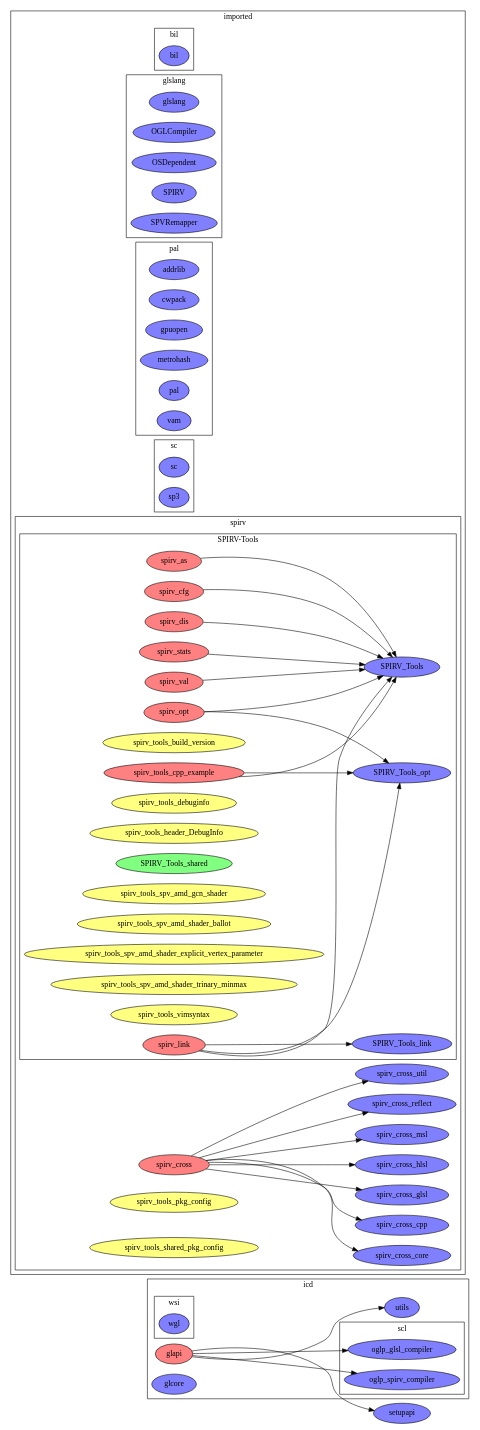
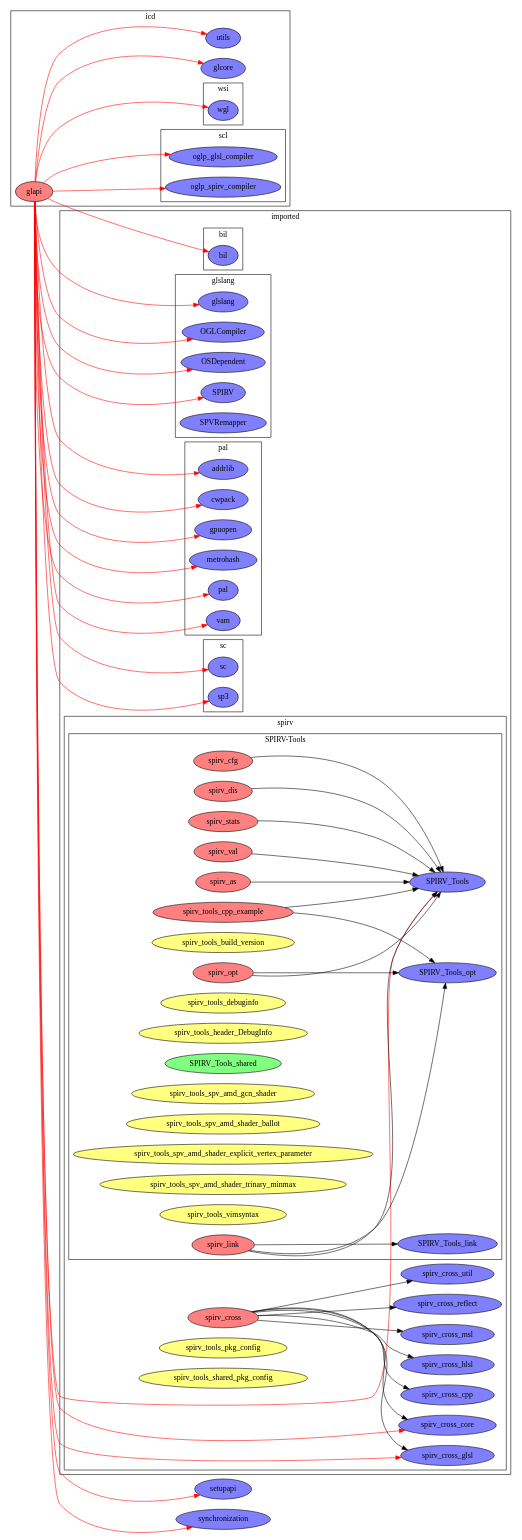
The diagram in oglp/proj_depends.gv (Jason2013/sphinx_study), drawn with Graphviz before and after one commit. The commit also changed 1 other file, not shown here.

```diff
--- a/oglp/proj_depends.gv
+++ b/oglp/proj_depends.gv
@@ -1,134 +1,147 @@
 digraph {
     rankdir="LR";
     node [style="filled",fillcolor="#8080FF"];
     subgraph cluster_icd {
         label="icd";
         subgraph cluster_scl {
             label="scl";
             oglp_glsl_compiler;
             oglp_spirv_compiler;
         }
         subgraph cluster_wsi {
             label="wsi";
             wgl;
         }
         glapi [fillcolor="#FF8080"];
         glcore;
         utils;
     }
     subgraph cluster_imported {
         label="imported";
         subgraph cluster_bil {
             label="bil";
             bil;
         }
         subgraph cluster_glslang {
             label="glslang";
             glslang;
             OGLCompiler;
             OSDependent;
             SPIRV;
             SPVRemapper;
         }
         subgraph cluster_pal {
             label="pal";
             addrlib;
             cwpack;
             gpuopen;
             metrohash;
             pal;
             vam;
         }
         subgraph cluster_sc {
             label="sc";
             sc;
             sp3;
         }
         subgraph cluster_spirv {
             label="spirv";
             subgraph cluster_SPIRV_Tools {
                 label="SPIRV-Tools";
                 node [fillcolor="#FF8080"]; /* Application */
                 spirv_as;
                 spirv_cfg;
                 spirv_dis;
                 spirv_link;
                 spirv_opt;
                 spirv_stats;
                 node [fillcolor="#8080FF"]; /* Static Library */
                 SPIRV_Tools;
                 node [fillcolor="#FFFF80"]; /* Utility*/
                 spirv_tools_build_version;
                 node [fillcolor="#FF8080"]; /* Application */
                 spirv_tools_cpp_example;
                 node [fillcolor="#FFFF80"]; /* Utility*/
                 spirv_tools_debuginfo;
                 spirv_tools_header_DebugInfo;
                 node [fillcolor="#8080FF"]; /* Static Library */
                 SPIRV_Tools_link;
                 SPIRV_Tools_opt;
                 node [fillcolor="#80FF80"]; /* Dynamic Library */
                 SPIRV_Tools_shared;
                 node [fillcolor="#FFFF80"]; /* Utility*/
                 spirv_tools_spv_amd_gcn_shader;
                 spirv_tools_spv_amd_shader_ballot;
                 spirv_tools_spv_amd_shader_explicit_vertex_parameter;
                 spirv_tools_spv_amd_shader_trinary_minmax;
                 spirv_tools_vimsyntax;
                 node [fillcolor="#FF8080"]; /* Application */
                 spirv_val;
 
                 spirv_as -> SPIRV_Tools;
                 spirv_cfg -> SPIRV_Tools;
                 spirv_dis -> SPIRV_Tools;
 
                 spirv_link -> SPIRV_Tools;
                 spirv_link -> SPIRV_Tools_link;
                 spirv_link -> SPIRV_Tools_opt;
 
                 spirv_opt -> SPIRV_Tools;
                 spirv_opt -> SPIRV_Tools_opt;
 
                 spirv_stats -> SPIRV_Tools;
 
                 spirv_tools_cpp_example -> SPIRV_Tools;
                 spirv_tools_cpp_example -> SPIRV_Tools_opt;
 
                 spirv_val -> SPIRV_Tools;
             }
             node [fillcolor="#FF8080"]; /* Application */
             spirv_cross;
             node [fillcolor="#8080FF"]; /* Static Library */
             spirv_cross_core;
             spirv_cross_cpp;
             spirv_cross_glsl;
             spirv_cross_hlsl;
             spirv_cross_msl;
             spirv_cross_reflect;
             spirv_cross_util;
             node [fillcolor="#FFFF80"]; /* Utility*/
             spirv_tools_pkg_config;
             spirv_tools_shared_pkg_config;
 
             spirv_cross -> spirv_cross_glsl;
             spirv_cross -> spirv_cross_hlsl;
             spirv_cross -> spirv_cross_cpp;
             spirv_cross -> spirv_cross_reflect;
             spirv_cross -> spirv_cross_msl;
             spirv_cross -> spirv_cross_util;
             spirv_cross -> spirv_cross_core;
         }
     }
-    /* sc -> sp3; */
-    /* pal -> addrlib; */
-    /* pal -> cwpack; */
-    /* pal -> gpuopen; */
-    /* pal -> metrohash; */
-    /* pal -> vam; */
-    /* pal -> sc; */
 
+    edge [color="red"];
     glapi -> utils;
     glapi -> oglp_spirv_compiler;
     glapi -> oglp_glsl_compiler;
     glapi -> setupapi;
+    glapi -> pal;
+    glapi -> sc;
+    glapi -> glcore;
+    glapi -> wgl;
+    glapi -> synchronization;
+    glapi -> spirv_cross_glsl;
+    glapi -> spirv_cross_core;
+    glapi -> SPIRV_Tools;
+    glapi -> bil;
+    glapi -> SPIRV;
+    glapi -> glslang;
+    glapi -> OSDependent;
+    glapi -> OGLCompiler;
+    glapi -> sp3;
+    glapi -> addrlib;
+    glapi -> vam;
+    glapi -> metrohash;
+    glapi -> cwpack;
+    glapi -> gpuopen;
 }
```
